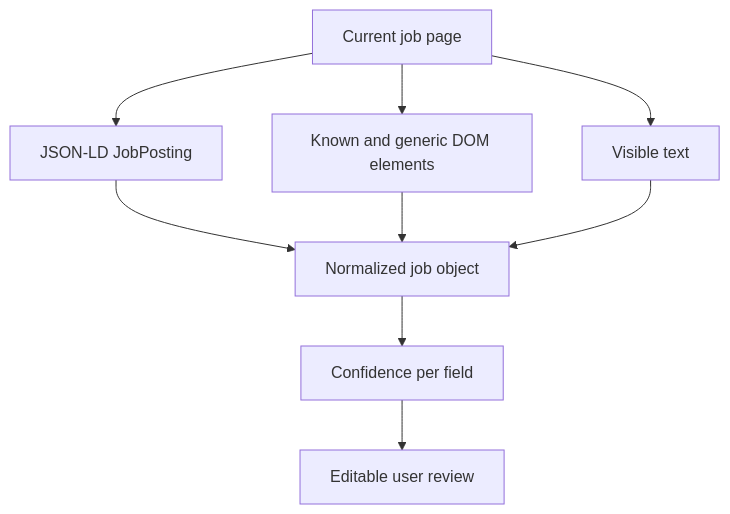
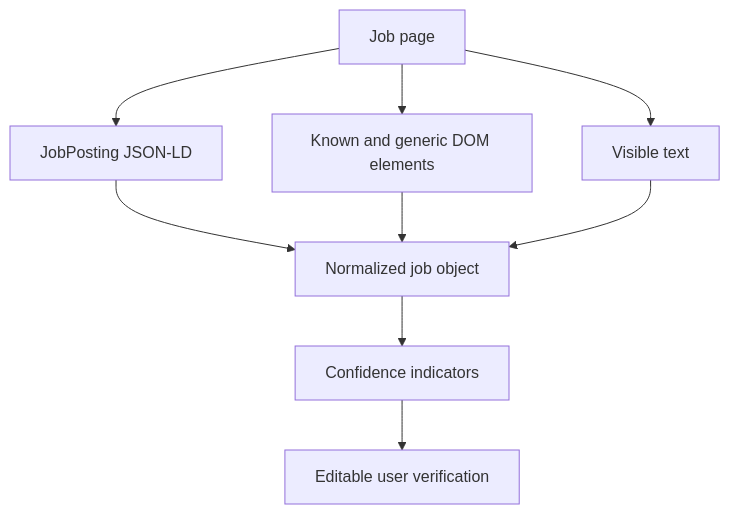
Before and after one commit to sksinghdeo/applypilot: the second of 2 diagrams in docs/ARCHITECTURE.md, drawn with Mermaid. The commit also changed other lines of this file and 8 other files, not shown here.

````diff
--- a/docs/ARCHITECTURE.md
+++ b/docs/ARCHITECTURE.md
@@ -29,11 +88,11 @@
 ```mermaid
 flowchart TD
-  P[Current job page] --> J[JSON-LD JobPosting]
+  P[Job page] --> J[JobPosting JSON-LD]
   P --> D[Known and generic DOM elements]
   P --> T[Visible text]
   J --> N[Normalized job object]
   D --> N
   T --> N
-  N --> C[Confidence per field]
-  C --> U[Editable user review]
+  N --> C[Confidence indicators]
+  C --> U[Editable user verification]
 ```
````
